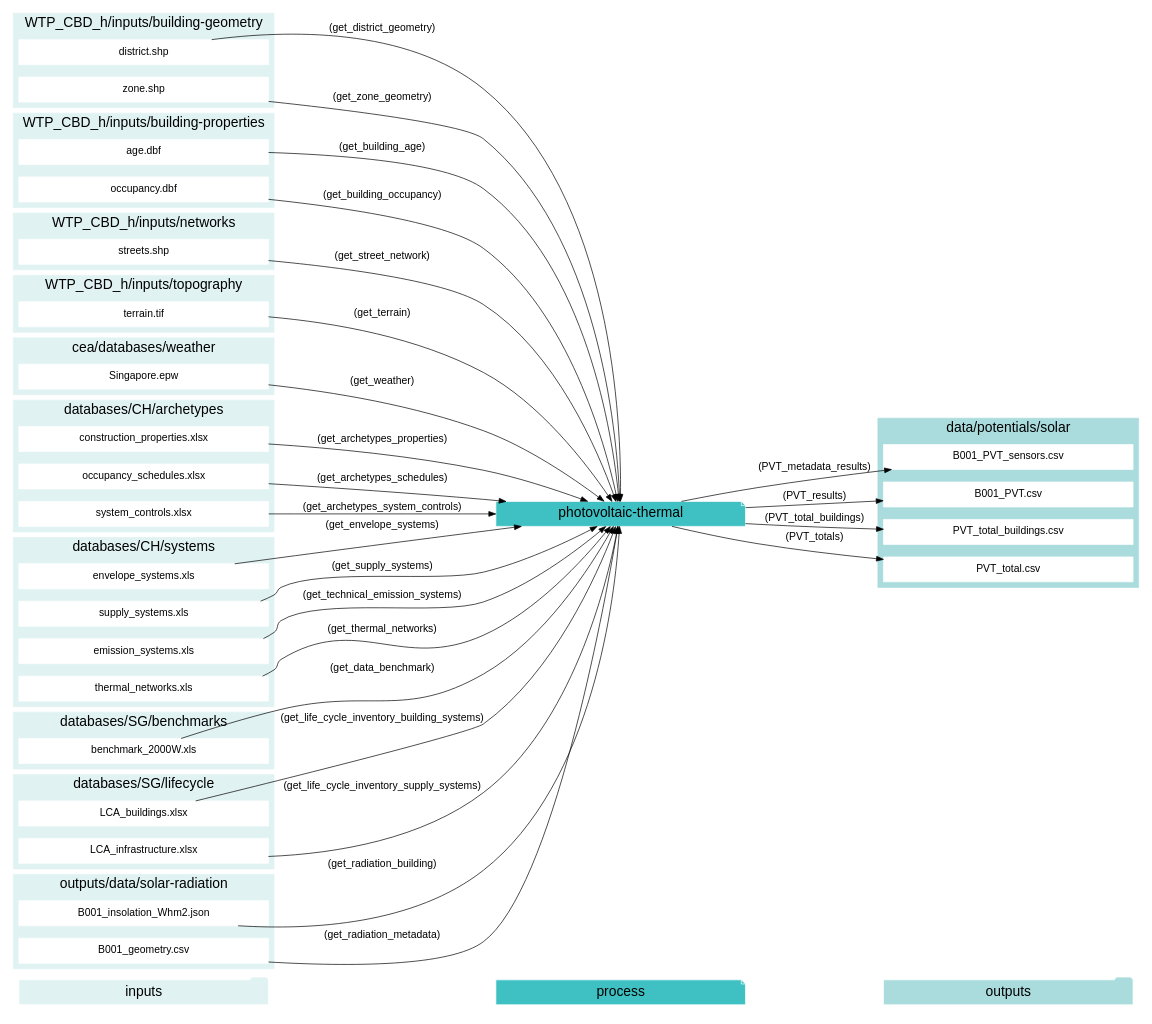
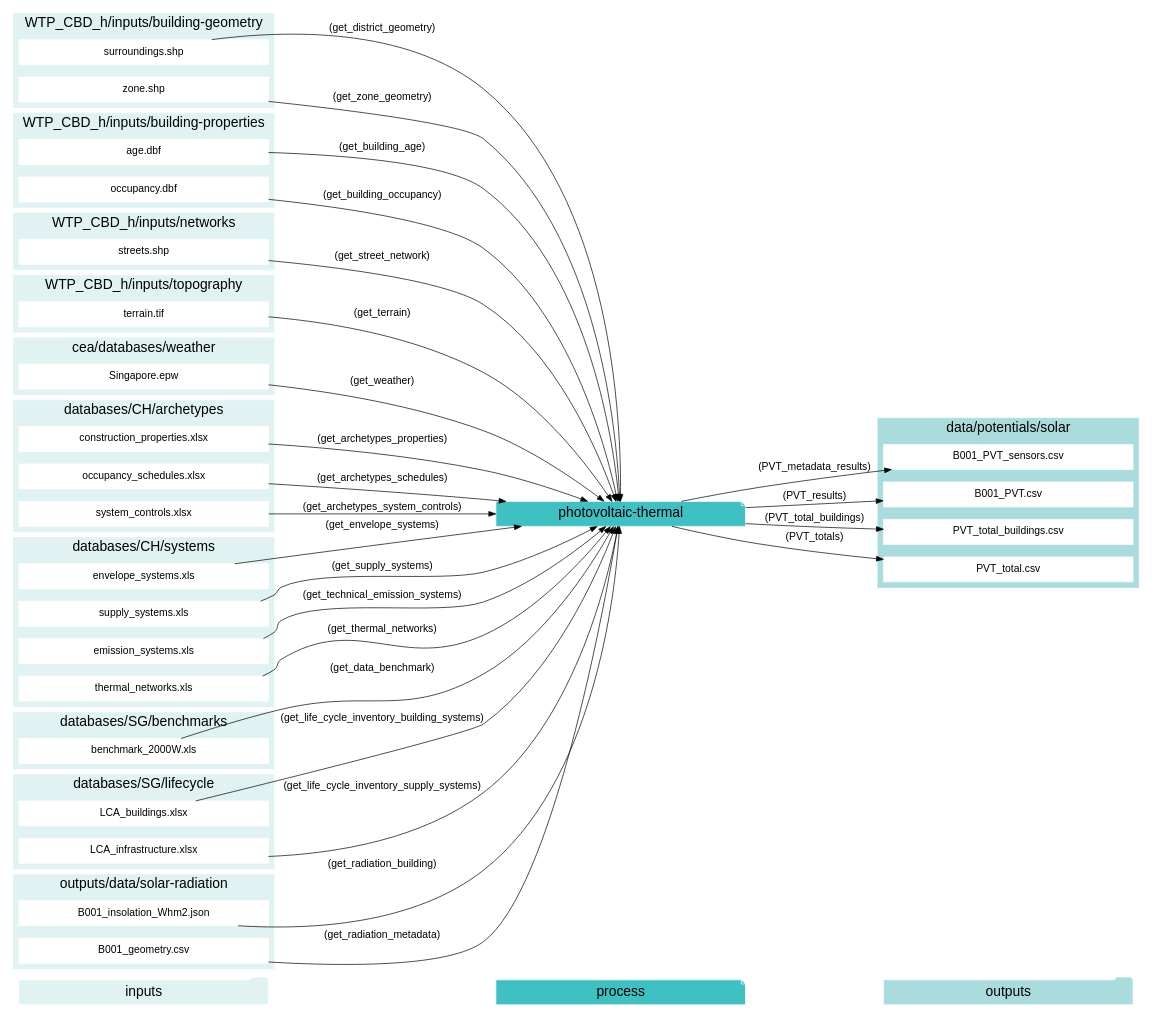
One commit to architecture-building-systems/CityEnergyAnalyst changed the diagram in docs/graphviz/photovoltaic-thermal.gv. Above: the diagram before and after it, drawn with Graphviz. The commit also changed 40 other files, not shown here.

Commit message:
renaming district to surroundings

```diff
--- a/docs/graphviz/photovoltaic-thermal.gv
+++ b/docs/graphviz/photovoltaic-thermal.gv
@@ -1,140 +1,140 @@
 digraph trace_inputlocator {
     rankdir="LR";
     graph [overlap=false, fontname=arial];
     node [shape=box, style=filled, color=white, fontsize=15, fontname=arial, fixedsize=true, width=5];
     edge [fontname=arial, fontsize = 15]
     newrank=true
     subgraph cluster_legend {
     fontsize=25
     style=invis
     "process"[style=filled, fillcolor="#3FC0C2", shape=note, fontsize=20, fontname="arial"]
     "inputs" [style=filled, shape=folder, color=white, fillcolor="#E1F2F2", fontsize=20]
     "outputs"[style=filled, shape=folder, color=white, fillcolor="#aadcdd", fontsize=20]
     "inputs"->"process"[style=invis]
     "process"->"outputs"[style=invis]
     }
     "photovoltaic-thermal"[style=filled, color=white, fillcolor="#3FC0C2", shape=note, fontsize=20, fontname=arial];
     subgraph cluster_0_in {
         style = filled;
         color = "#E1F2F2";
         fontsize = 20;
         rank=same;
         label="WTP_CBD_h/inputs/building-geometry";
-        "district.shp"
+        "surroundings.shp"
         "zone.shp"
     }
     subgraph cluster_1_in {
         style = filled;
         color = "#E1F2F2";
         fontsize = 20;
         rank=same;
         label="WTP_CBD_h/inputs/building-properties";
         "age.dbf"
         "occupancy.dbf"
     }
     subgraph cluster_2_in {
         style = filled;
         color = "#E1F2F2";
         fontsize = 20;
         rank=same;
         label="WTP_CBD_h/inputs/networks";
         "streets.shp"
     }
     subgraph cluster_3_in {
         style = filled;
         color = "#E1F2F2";
         fontsize = 20;
         rank=same;
         label="WTP_CBD_h/inputs/topography";
         "terrain.tif"
     }
     subgraph cluster_4_in {
         style = filled;
         color = "#E1F2F2";
         fontsize = 20;
         rank=same;
         label="cea/databases/weather";
         "Singapore.epw"
     }
     subgraph cluster_5_out {
         style = filled;
         color = "#aadcdd";
         fontsize = 20;
         rank=same;
         label="data/potentials/solar";
         "B001_PVT_sensors.csv"
         "B001_PVT.csv"
         "PVT_total_buildings.csv"
         "PVT_total.csv"
     }
     subgraph cluster_6_in {
         style = filled;
         color = "#E1F2F2";
         fontsize = 20;
         rank=same;
         label="databases/CH/archetypes";
         "construction_properties.xlsx"
         "occupancy_schedules.xlsx"
         "system_controls.xlsx"
     }
     subgraph cluster_7_in {
         style = filled;
         color = "#E1F2F2";
         fontsize = 20;
         rank=same;
         label="databases/CH/systems";
         "envelope_systems.xls"
         "supply_systems.xls"
         "emission_systems.xls"
         "thermal_networks.xls"
     }
     subgraph cluster_8_in {
         style = filled;
         color = "#E1F2F2";
         fontsize = 20;
         rank=same;
         label="databases/SG/benchmarks";
         "benchmark_2000W.xls"
     }
     subgraph cluster_9_in {
         style = filled;
         color = "#E1F2F2";
         fontsize = 20;
         rank=same;
         label="databases/SG/lifecycle";
         "LCA_buildings.xlsx"
         "LCA_infrastructure.xlsx"
     }
     subgraph cluster_10_in {
         style = filled;
         color = "#E1F2F2";
         fontsize = 20;
         rank=same;
         label="outputs/data/solar-radiation";
         "B001_insolation_Whm2.json"
         "B001_geometry.csv"
     }
     "construction_properties.xlsx" -> "photovoltaic-thermal"[label="(get_archetypes_properties)"]
     "occupancy_schedules.xlsx" -> "photovoltaic-thermal"[label="(get_archetypes_schedules)"]
     "system_controls.xlsx" -> "photovoltaic-thermal"[label="(get_archetypes_system_controls)"]
     "age.dbf" -> "photovoltaic-thermal"[label="(get_building_age)"]
     "occupancy.dbf" -> "photovoltaic-thermal"[label="(get_building_occupancy)"]
     "benchmark_2000W.xls" -> "photovoltaic-thermal"[label="(get_data_benchmark)"]
-    "district.shp" -> "photovoltaic-thermal"[label="(get_district_geometry)"]
+    "surroundings.shp" -> "photovoltaic-thermal"[label="(get_district_geometry)"]
     "envelope_systems.xls" -> "photovoltaic-thermal"[label="(get_envelope_systems)"]
     "LCA_buildings.xlsx" -> "photovoltaic-thermal"[label="(get_life_cycle_inventory_building_systems)"]
     "LCA_infrastructure.xlsx" -> "photovoltaic-thermal"[label="(get_life_cycle_inventory_supply_systems)"]
     "B001_insolation_Whm2.json" -> "photovoltaic-thermal"[label="(get_radiation_building)"]
     "B001_geometry.csv" -> "photovoltaic-thermal"[label="(get_radiation_metadata)"]
     "streets.shp" -> "photovoltaic-thermal"[label="(get_street_network)"]
     "supply_systems.xls" -> "photovoltaic-thermal"[label="(get_supply_systems)"]
     "emission_systems.xls" -> "photovoltaic-thermal"[label="(get_technical_emission_systems)"]
     "terrain.tif" -> "photovoltaic-thermal"[label="(get_terrain)"]
     "thermal_networks.xls" -> "photovoltaic-thermal"[label="(get_thermal_networks)"]
     "Singapore.epw" -> "photovoltaic-thermal"[label="(get_weather)"]
     "zone.shp" -> "photovoltaic-thermal"[label="(get_zone_geometry)"]
     "photovoltaic-thermal" -> "B001_PVT_sensors.csv"[label="(PVT_metadata_results)"]
     "photovoltaic-thermal" -> "B001_PVT.csv"[label="(PVT_results)"]
     "photovoltaic-thermal" -> "PVT_total_buildings.csv"[label="(PVT_total_buildings)"]
     "photovoltaic-thermal" -> "PVT_total.csv"[label="(PVT_totals)"]
     }
```
